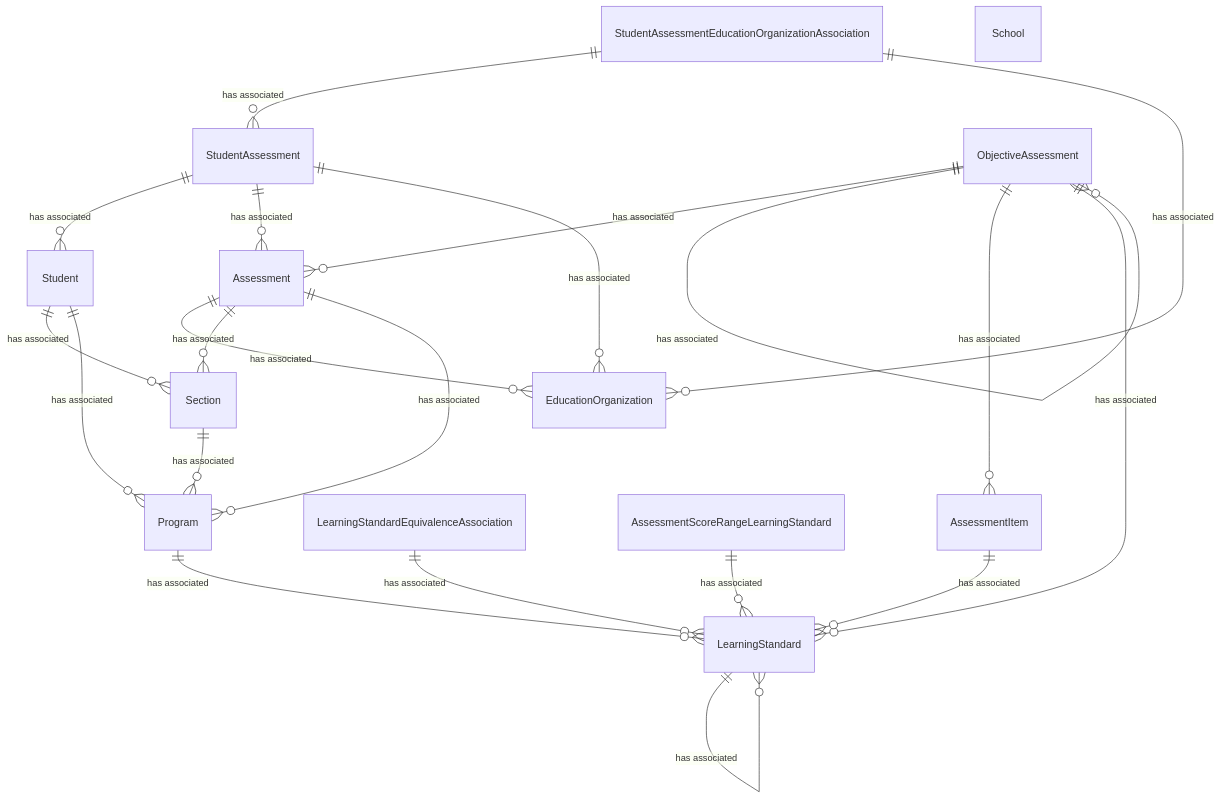
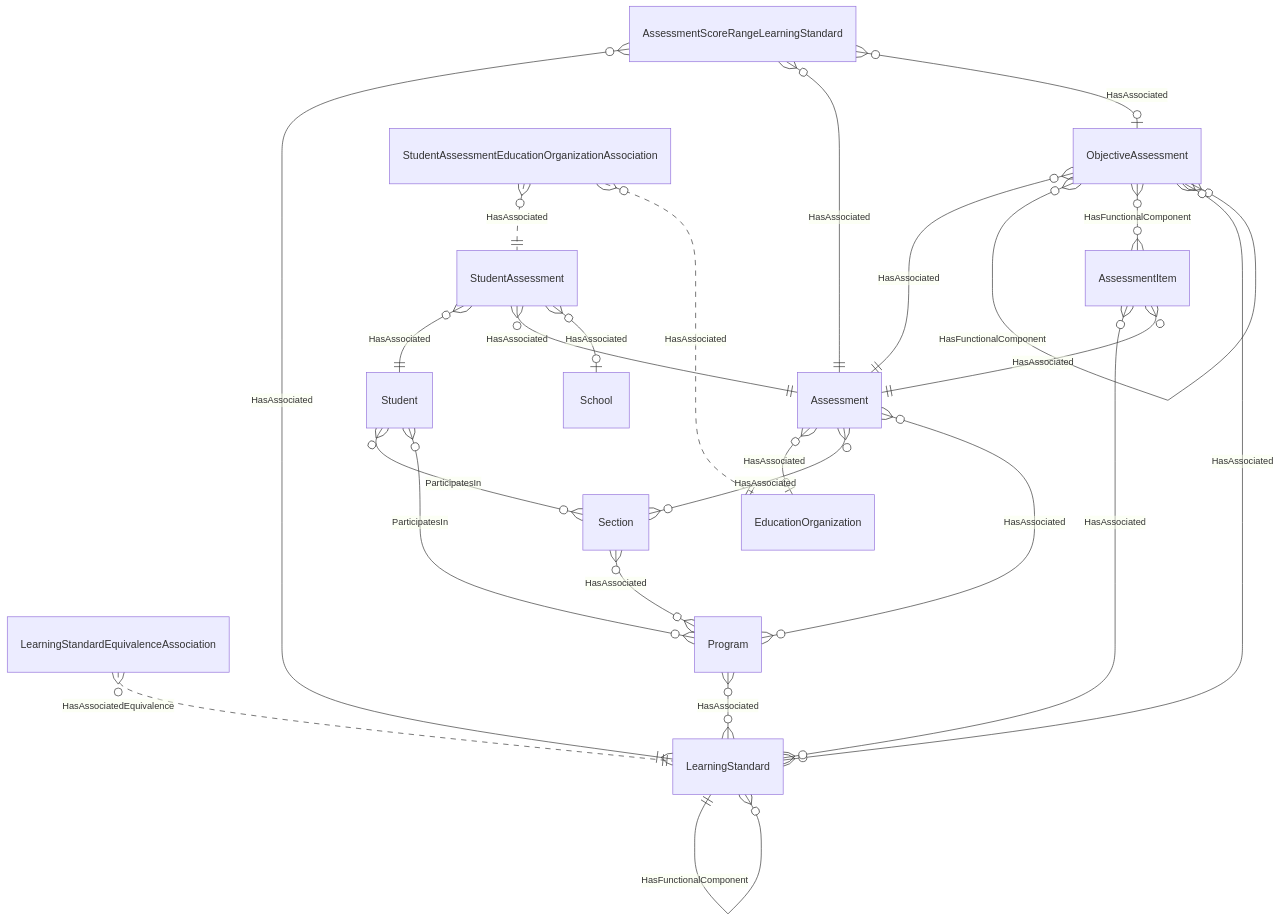
The diagram in dataStandard_versioned_docs/version-6/model-reference/assessment-domain/Assessment-simple.mmd (Ed-Fi-Alliance-OSS/ed-fi-alliance-oss.github.io), drawn with Mermaid before and after one commit. The commit also changed 67 other files, not shown here.

First line of the commit message:
Updated .mmd diagrams with adjusted relationships based on DATASTD-2596

```diff
--- a/dataStandard_versioned_docs/version-6/model-reference/assessment-domain/Assessment-simple.mmd
+++ b/dataStandard_versioned_docs/version-6/model-reference/assessment-domain/Assessment-simple.mmd
@@ -1,47 +1,51 @@
 erDiagram
     Assessment {
     }
     StudentAssessment {
     }
     ObjectiveAssessment {
     }
     AssessmentItem {
     }
     LearningStandard {
     }
     LearningStandardEquivalenceAssociation {
     }
     AssessmentScoreRangeLearningStandard {
     }
     StudentAssessmentEducationOrganizationAssociation {
     }
     Student {
     }
     EducationOrganization {
     }
     Section {
     }
     Program {
     }
     School {
     }
-    StudentAssessment ||--o{ Student : "has associated"
-    StudentAssessment ||--o{ Assessment : "has associated"
-    StudentAssessment ||--o{ EducationOrganization : "has associated"
-    StudentAssessmentEducationOrganizationAssociation ||--o{ StudentAssessment : "has associated"
-    StudentAssessmentEducationOrganizationAssociation ||--o{ EducationOrganization : "has associated"
-    Assessment ||--o{ EducationOrganization : "has associated"
-    Assessment ||--o{ Section : "has associated"
-    Assessment ||--o{ Program : "has associated"
-    ObjectiveAssessment ||--o{ Assessment : "has associated"
-    ObjectiveAssessment ||--o{ ObjectiveAssessment : "has associated"
-    ObjectiveAssessment ||--o{ AssessmentItem : "has associated"
-    ObjectiveAssessment ||--o{ LearningStandard : "has associated"
-    AssessmentItem ||--o{ LearningStandard : "has associated"
-    AssessmentScoreRangeLearningStandard ||--o{ LearningStandard : "has associated"
-    LearningStandardEquivalenceAssociation ||--o{ LearningStandard : "has associated"
-    LearningStandard ||--o{ LearningStandard : "has associated"
-    Program ||--o{ LearningStandard : "has associated"
-    Section ||--o{ Program : "has associated"
-    Student ||--o{ Section : "has associated"
-    Student ||--o{ Program : "has associated"
+    StudentAssessment }o--|| Student : "HasAssociated"
+    StudentAssessment }o--|| Assessment : "HasAssociated"
+    StudentAssessmentEducationOrganizationAssociation }o..|| StudentAssessment : "HasAssociated"
+    StudentAssessmentEducationOrganizationAssociation }o..|| EducationOrganization : "HasAssociated"
+    StudentAssessment }o--o| School : "HasAssociated"
+    Assessment }o--o| EducationOrganization : "HasAssociated"
+    Assessment }o--o{ Section : "HasAssociated"
+    Assessment }o--o{ Program : "HasAssociated"
+    ObjectiveAssessment }o--|| Assessment : "HasAssociated"
+    ObjectiveAssessment }o--o{ ObjectiveAssessment : "HasFunctionalComponent"
+    ObjectiveAssessment }o--o{ AssessmentItem : "HasFunctionalComponent"
+    ObjectiveAssessment }o--o{ LearningStandard : "HasAssociated"
+    AssessmentItem }o--o{ LearningStandard : "HasAssociated"
+    AssessmentItem }o--|| Assessment : "HasAssociated"
+    AssessmentScoreRangeLearningStandard }o--|{ LearningStandard : "HasAssociated"
+    AssessmentScoreRangeLearningStandard }o--|| Assessment : "HasAssociated"
+    AssessmentScoreRangeLearningStandard }o--o| ObjectiveAssessment : "HasAssociated"
+    LearningStandardEquivalenceAssociation }o..|| LearningStandard : "HasAssociatedEquivalence"
+    LearningStandard }o--o{ LearningStandard : "HasAssociatedEquivalence"
+    LearningStandard ||--o{ LearningStandard : "HasFunctionalComponent"
+    Program }o--o{ LearningStandard : "HasAssociated"
+    Section }o--o{ Program : "HasAssociated"
+    Student }o--o{ Section : "ParticipatesIn"
+    Student }o--o{ Program : "ParticipatesIn"
```
